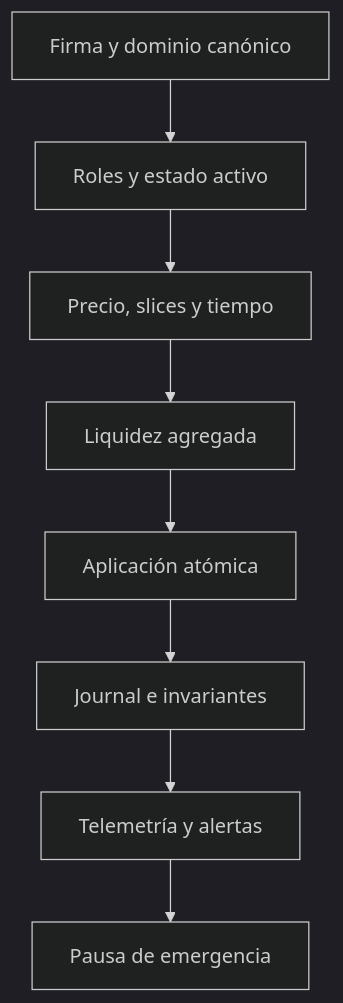
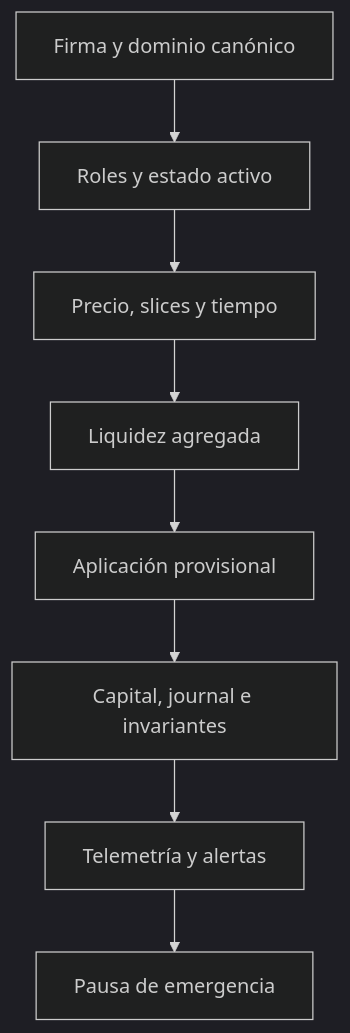
The second of 2 diagrams in SECURITY.md (SolguardLabs/AetherDTL), drawn with Mermaid (dark theme) before and after one commit. The commit also changed other lines of this file and 16 other files, not shown here.

````diff
--- a/SECURITY.md
+++ b/SECURITY.md
@@ -75,10 +81,10 @@
 ```mermaid
 flowchart TD
     S1["Firma y dominio canónico"] --> S2["Roles y estado activo"]
     S2 --> S3["Precio, slices y tiempo"]
     S3 --> S4["Liquidez agregada"]
-    S4 --> S5["Aplicación atómica"]
-    S5 --> S6["Journal e invariantes"]
+    S4 --> S5["Aplicación provisional"]
+    S5 --> S6["Capital, journal e invariantes"]
     S6 --> S7["Telemetría y alertas"]
     S7 --> S8["Pausa de emergencia"]
 ```
````
